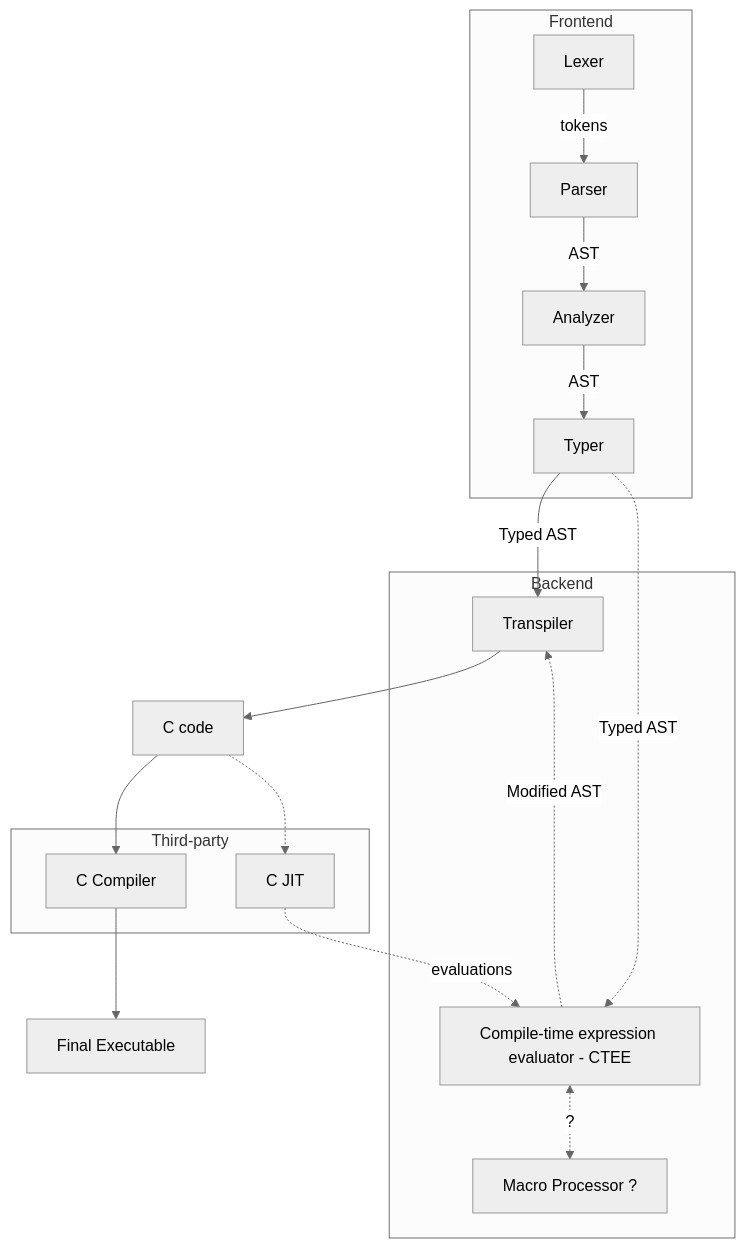
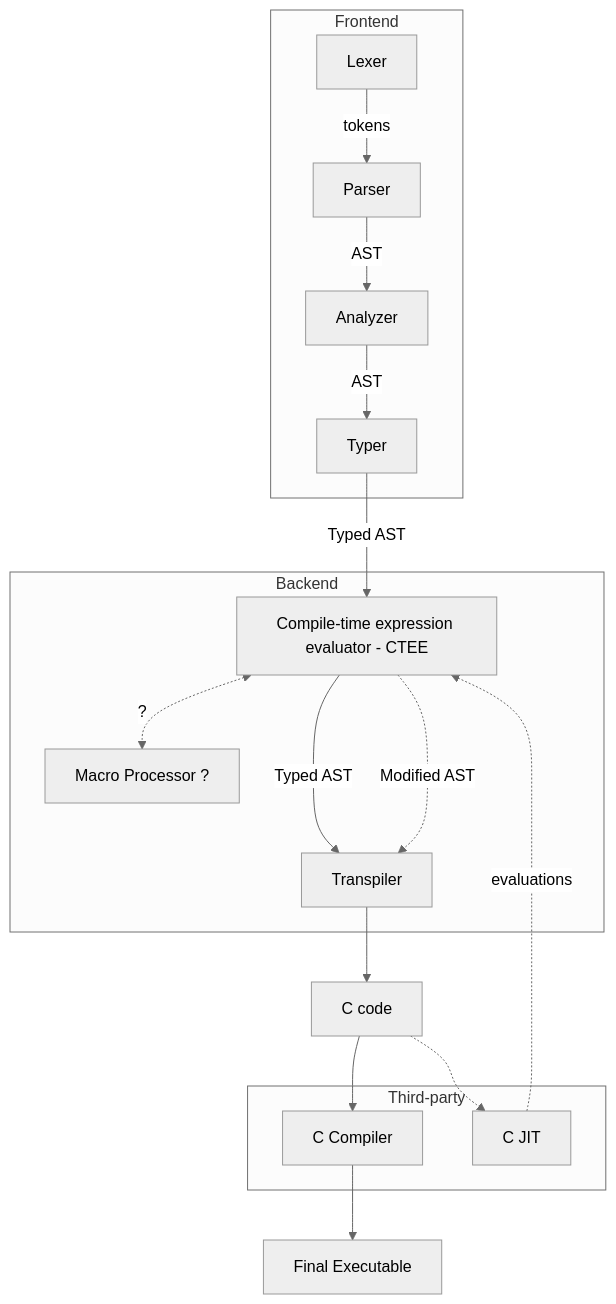
One commit to kvbc/rylang changed the diagram in README.md. Above: the diagram before and after it, drawn with Mermaid (neutral theme).

Commit message:
readme graph

````diff
--- a/README.md
+++ b/README.md
@@ -17,29 +17,29 @@
 ```mermaid
 graph TD
     Lexer --> |tokens| Parser
     Parser --> |AST| Analyzer
     Analyzer --> |AST| Typer
-    Typer --> |Typed AST| Transpiler
-    Typer .-> |Typed AST| CTEE[Compile-time expression evaluator - CTEE]
+    Typer --> |Typed AST| CTEE[Compile-time expression evaluator - CTEE]
     subgraph Frontend
         Lexer & Parser & Analyzer & Typer
     end
 
+    CTEE ---> |Typed AST| Transpiler
+    CTEE ..-> |Modified AST| Transpiler
     Transpiler --> C[C code]
     C --> CComp[C Compiler]
 
     C .-> JIT[C JIT]
     JIT .-> |evaluations| CTEE
-    CTEE .-> |Modified AST| Transpiler
     CTEE <.-> |?| Macro[Macro Processor ?]
 
     subgraph Third-party
         JIT & CComp
     end
 
     subgraph Backend
         Macro & CTEE & Transpiler
     end
 
     CComp --> EXE[Final Executable]
 ```
````
